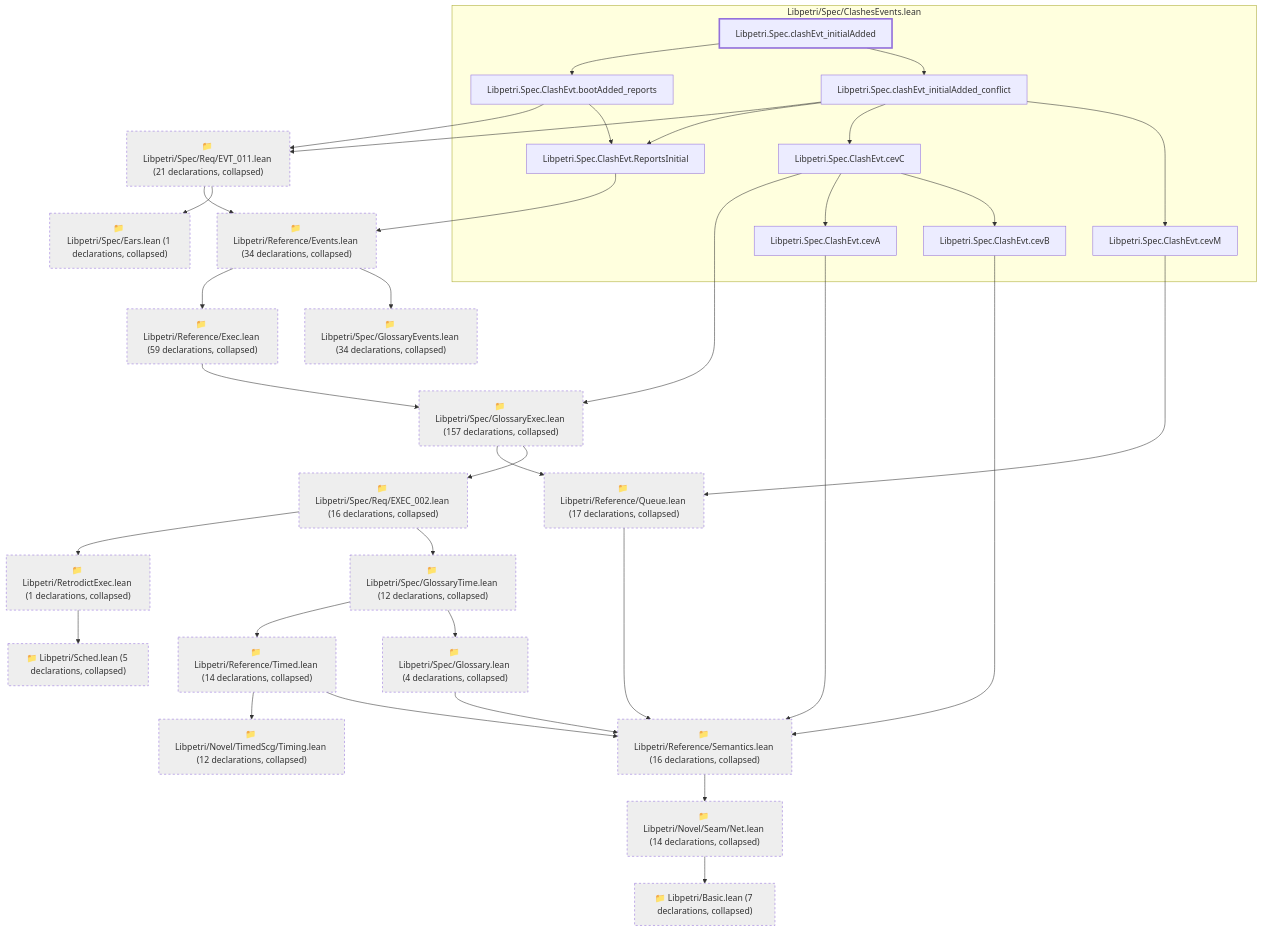
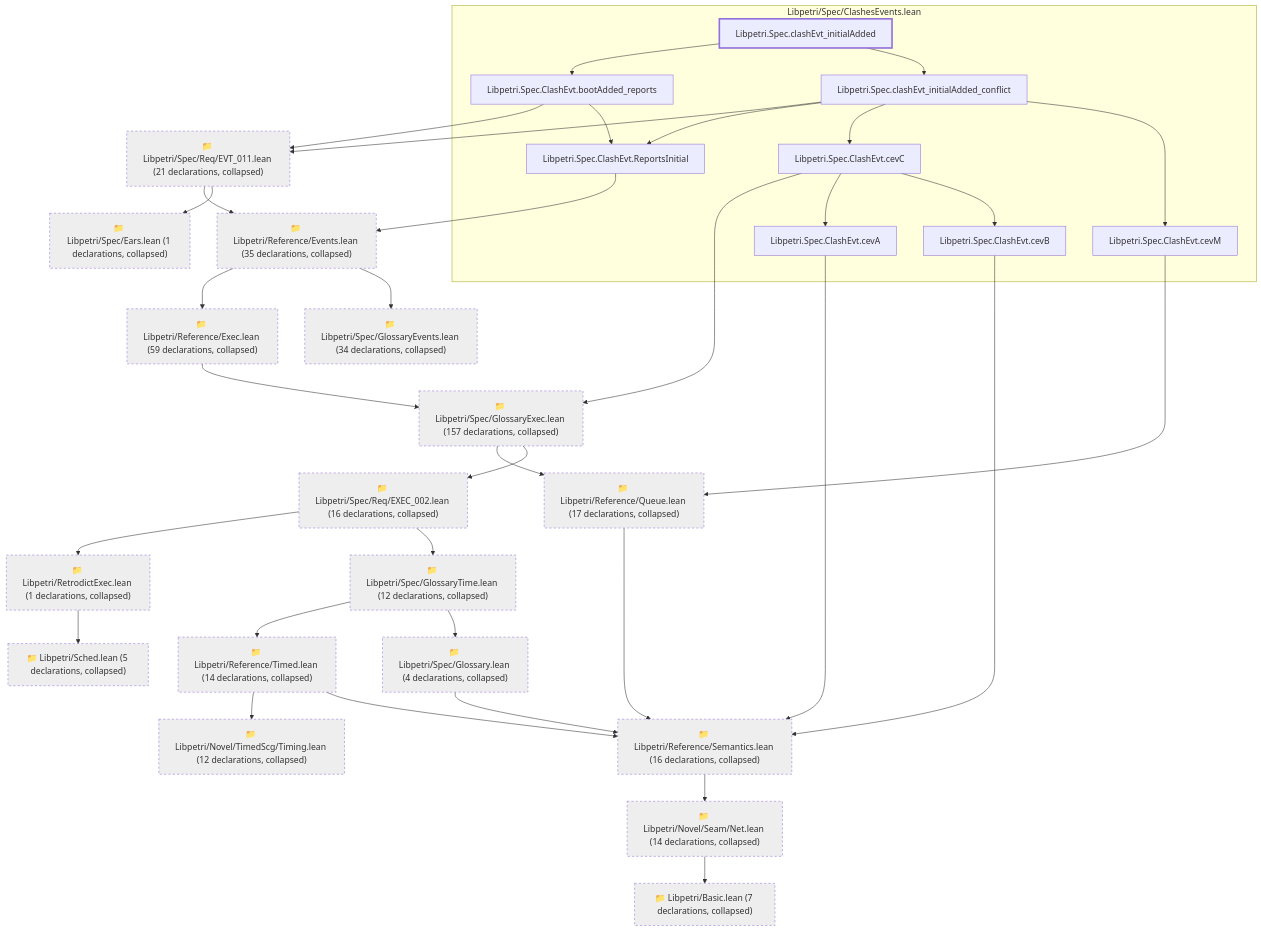
One commit to debe/libpetri changed the diagram in lean/graph/requirements/EVT-011.md. Above: the diagram before and after it, drawn with Mermaid. The commit also changed other lines of this file and 393 other files, not shown here.

First line of the commit message:
feat(spec): AI sign-off of every Lean requirement block; defect ledger closed

````diff
--- a/lean/graph/requirements/EVT-011.md
+++ b/lean/graph/requirements/EVT-011.md
@@ -13,68 +13,68 @@
 ```mermaid
 flowchart TD
   subgraph g0["Libpetri/Spec/ClashesEvents.lean"]
-    n5902["Libpetri.Spec.ClashEvt.ReportsInitial"]
-    n5904["Libpetri.Spec.ClashEvt.bootAdded_reports"]
-    n5905["Libpetri.Spec.ClashEvt.cevA"]
-    n5906["Libpetri.Spec.ClashEvt.cevB"]
-    n5907["Libpetri.Spec.ClashEvt.cevC"]
-    n5911["Libpetri.Spec.ClashEvt.cevM"]
-    n12311["Libpetri.Spec.clashEvt_initialAdded"]
-    n12312["Libpetri.Spec.clashEvt_initialAdded_conflict"]
+    n5929["Libpetri.Spec.ClashEvt.ReportsInitial"]
+    n5931["Libpetri.Spec.ClashEvt.bootAdded_reports"]
+    n5932["Libpetri.Spec.ClashEvt.cevA"]
+    n5933["Libpetri.Spec.ClashEvt.cevB"]
+    n5934["Libpetri.Spec.ClashEvt.cevC"]
+    n5938["Libpetri.Spec.ClashEvt.cevM"]
+    n12495["Libpetri.Spec.clashEvt_initialAdded"]
+    n12496["Libpetri.Spec.clashEvt_initialAdded_conflict"]
   end
   c0["📁 Libpetri/Basic.lean (7 declarations, collapsed)"]
   c54["📁 Libpetri/Novel/Seam/Net.lean (14 declarations, collapsed)"]
   c66["📁 Libpetri/Novel/TimedScg/Timing.lean (12 declarations, collapsed)"]
-  c78["📁 Libpetri/Reference/Events.lean (34 declarations, collapsed)"]
+  c78["📁 Libpetri/Reference/Events.lean (35 declarations, collapsed)"]
   c80["📁 Libpetri/Reference/Exec.lean (59 declarations, collapsed)"]
   c91["📁 Libpetri/Reference/Queue.lean (17 declarations, collapsed)"]
   c94["📁 Libpetri/Reference/Semantics.lean (16 declarations, collapsed)"]
   c98["📁 Libpetri/Reference/Timed.lean (14 declarations, collapsed)"]
   c103["📁 Libpetri/RetrodictExec.lean (1 declarations, collapsed)"]
   c109["📁 Libpetri/Sched.lean (5 declarations, collapsed)"]
   c131["📁 Libpetri/Spec/Ears.lean (1 declarations, collapsed)"]
   c132["📁 Libpetri/Spec/Glossary.lean (4 declarations, collapsed)"]
   c138["📁 Libpetri/Spec/GlossaryEvents.lean (34 declarations, collapsed)"]
   c139["📁 Libpetri/Spec/GlossaryExec.lean (157 declarations, collapsed)"]
   c146["📁 Libpetri/Spec/GlossaryTime.lean (12 declarations, collapsed)"]
   c217["📁 Libpetri/Spec/Req/EVT_011.lean (21 declarations, collapsed)"]
   c232["📁 Libpetri/Spec/Req/EXEC_002.lean (16 declarations, collapsed)"]
   c54 --> c0
   c78 --> c80
   c78 --> c138
   c80 --> c139
   c91 --> c94
   c94 --> c54
   c98 --> c66
   c98 --> c94
   c103 --> c109
   c132 --> c94
   c139 --> c91
   c139 --> c232
   c146 --> c98
   c146 --> c132
   c217 --> c78
   c217 --> c131
   c232 --> c103
   c232 --> c146
-  n5902 --> c78
-  n5904 --> c217
-  n5904 --> n5902
-  n5905 --> c94
-  n5906 --> c94
-  n5907 --> c139
-  n5907 --> n5905
-  n5907 --> n5906
-  n5911 --> c91
-  n12311 --> n5904
-  n12311 --> n12312
-  n12312 --> c217
-  n12312 --> n5902
-  n12312 --> n5907
-  n12312 --> n5911
+  n5929 --> c78
+  n5931 --> c217
+  n5931 --> n5929
+  n5932 --> c94
+  n5933 --> c94
+  n5934 --> c139
+  n5934 --> n5932
+  n5934 --> n5933
+  n5938 --> c91
+  n12495 --> n5931
+  n12495 --> n12496
+  n12496 --> c217
+  n12496 --> n5929
+  n12496 --> n5934
+  n12496 --> n5938
   classDef root stroke-width:3px
   classDef locked fill:#fff3cd,stroke:#b8860b
   classDef collapsed fill:#eeeeee,stroke-dasharray:4 4
-  class n12311 root
+  class n12495 root
   class c0,c54,c66,c78,c80,c91,c94,c98,c103,c109,c131,c132,c138,c139,c146,c217,c232 collapsed
 ```
````
